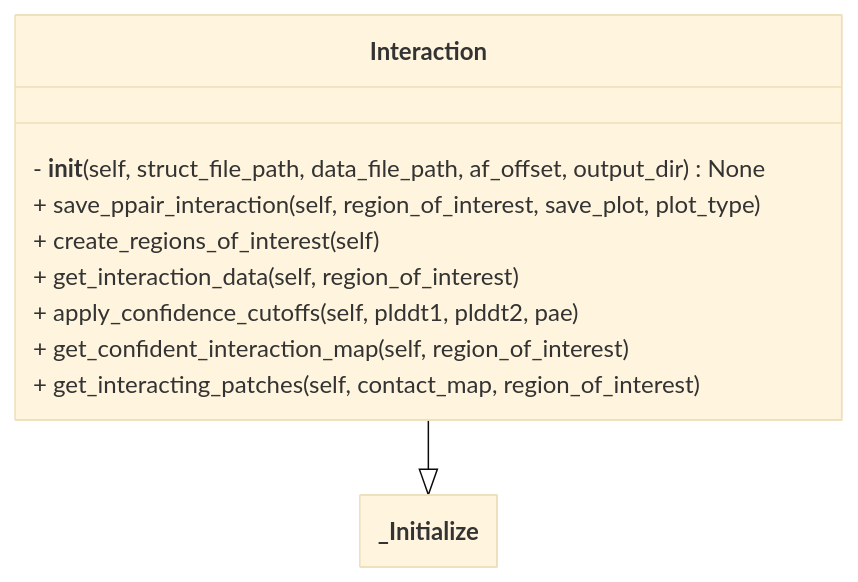
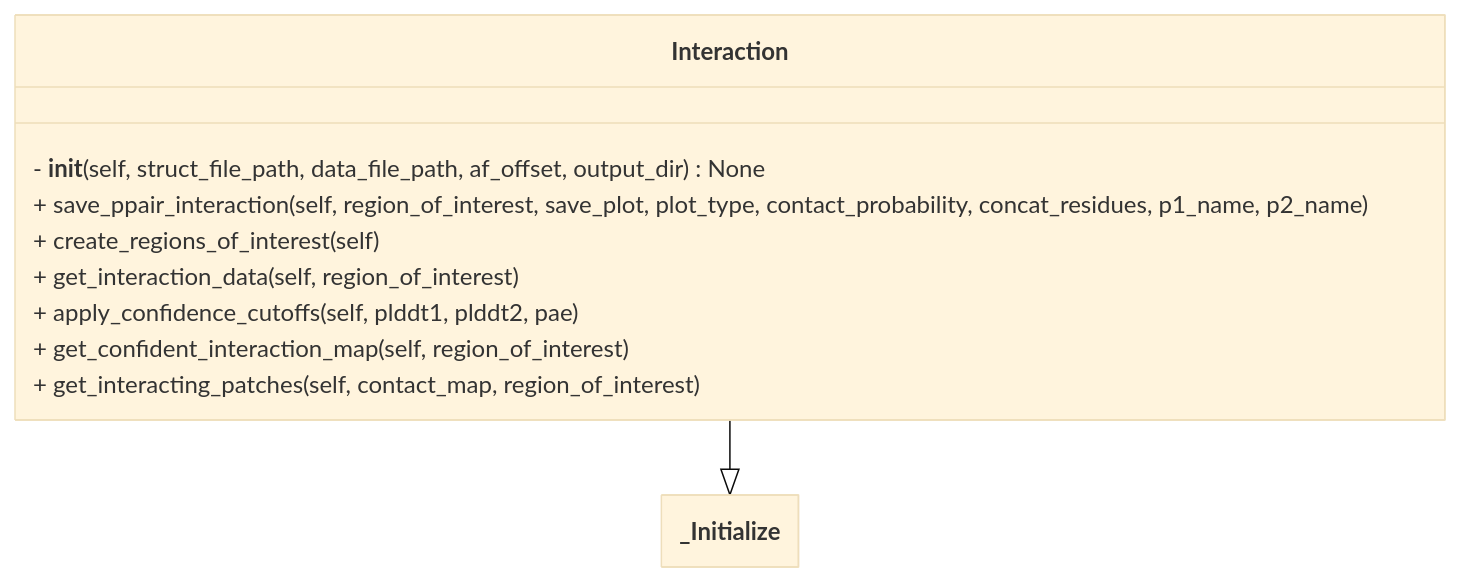
Before and after one commit to isblab/IMP_Toolbox: the diagram in docs/af_pipeline/Interaction.md, drawn with Mermaid (base theme). The commit also changed other lines of this file and 1 other file, not shown here.

````diff
--- a/docs/af_pipeline/Interaction.md
+++ b/docs/af_pipeline/Interaction.md
@@ -10,21 +10,21 @@
 ```mermaid
 ---
 config:
     class:
         hideEmptyMembersBox: true
 ---
 classDiagram
     class Interaction {
         - __init__(self, struct_file_path, data_file_path, af_offset, output_dir) None
-        + save_ppair_interaction(self, region_of_interest, save_plot, plot_type)
+        + save_ppair_interaction(self, region_of_interest, save_plot, plot_type, contact_probability, concat_residues, p1_name, p2_name)
         + create_regions_of_interest(self)
         + get_interaction_data(self, region_of_interest)
         + apply_confidence_cutoffs(self, plddt1, plddt2, pae)
         + get_confident_interaction_map(self, region_of_interest)
         + get_interacting_patches(self, contact_map, region_of_interest)
     }
 
 
   Interaction --|> _Initialize
 
 ```
````
